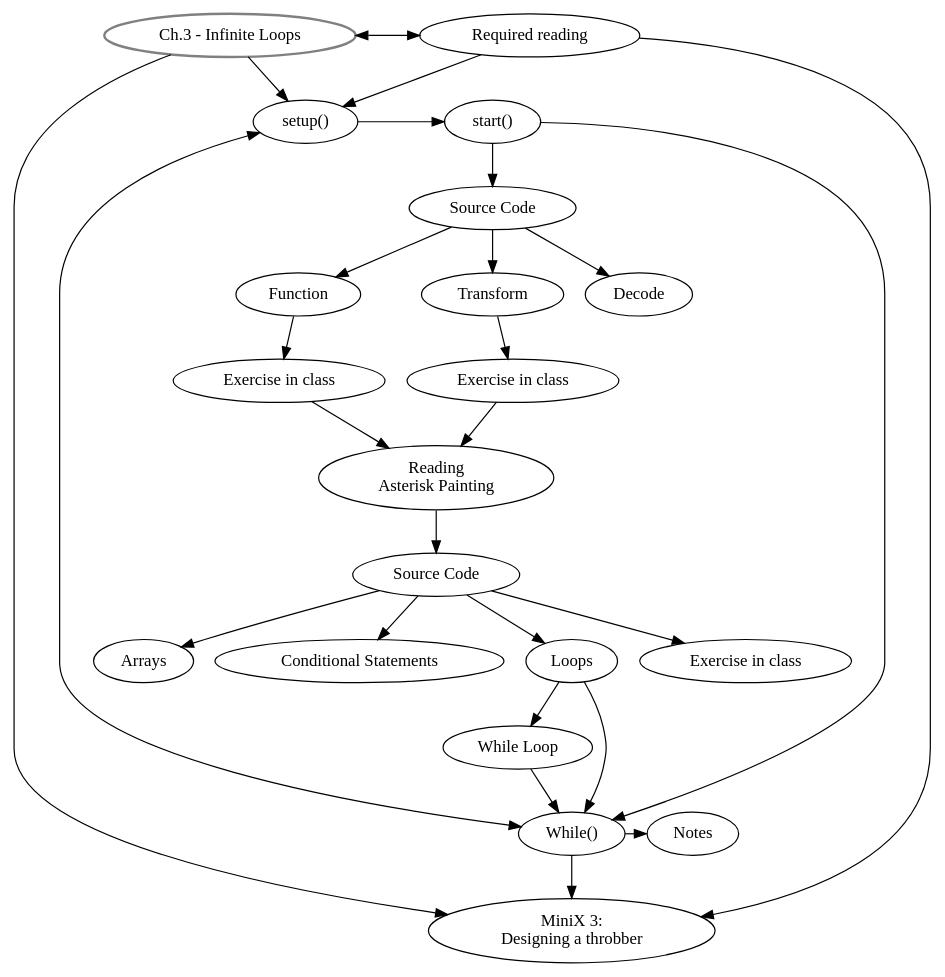
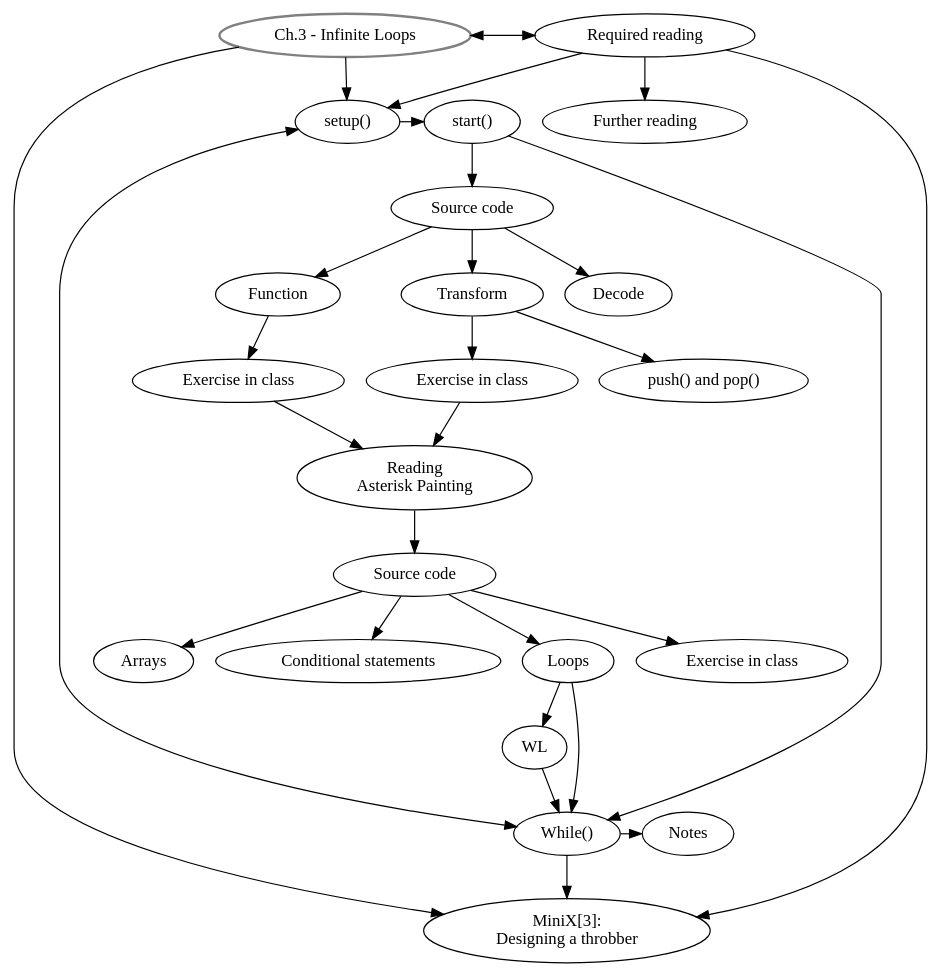
The diagram in graphviz/AP_ch3.dot (danbz/aesthetic-programming), drawn with Graphviz before and after one commit. The commit also changed 3 other files, not shown here.

Commit message:
update graphviz

```diff
--- a/graphviz/AP_ch3.dot
+++ b/graphviz/AP_ch3.dot
@@ -1,49 +1,52 @@
 digraph G {
 //labels
 GS [
 label="Ch.3 - Infinite Loops",
 style=bold,
 color=grey,
 ]
 
 SU [label="setup()"]
 ST [label="start()"]
 DE [label="Decode"]
-SC [label="Source Code"]
+SC [label="Source code"]
 FN [label="Function"]
 EiC [label="Exercise in class"]
 TR [label="Transform"]
+PP [label="push() and pop()"]
 EiC2 [label="Exercise in class"]
 AP [label="Reading \nAsterisk Painting"]
-SC2 [label="Source Code"]
+SC2 [label="Source code"]
 EiC3 [label="Exercise in class"]
 AR [label="Arrays"]
-CS [label="Conditional Statements"]
+CS [label="Conditional statements"]
 LO [label="Loops"]
-WL [label="While Loop"]
 MW [label="While()"]
-MX [label="MiniX 3: \nDesigning a throbber"]
+MX [label="MiniX[3]: \nDesigning a throbber"]
 RR [label="Required reading"]
+FR [label="Further reading"]
 Notes [label="Notes"]
 
 //rank
 {rank = same; SU, ST}
 {rank = same; RR, GS}
 {rank = same; MW, Notes}
 
 //graph
 GS -> SU -> ST -> SC -> DE;
 GS -> RR[dir=both, minlen=3];
 SU -> MW [dir=both];
 GS -> MX;
 RR -> MX, SU;
 SC -> FN -> EiC;
+TR->PP;
 SC -> TR -> EiC2;
 EiC, EiC2 -> AP -> SC2 -> EiC3
 SC2 -> AR;
 SC2 -> CS;
 SC2 -> LO -> WL;
 ST, LO -> MW -> Notes;
 MW -> MX;
 WL -> MW;
+RR -> FR;
 }
```
